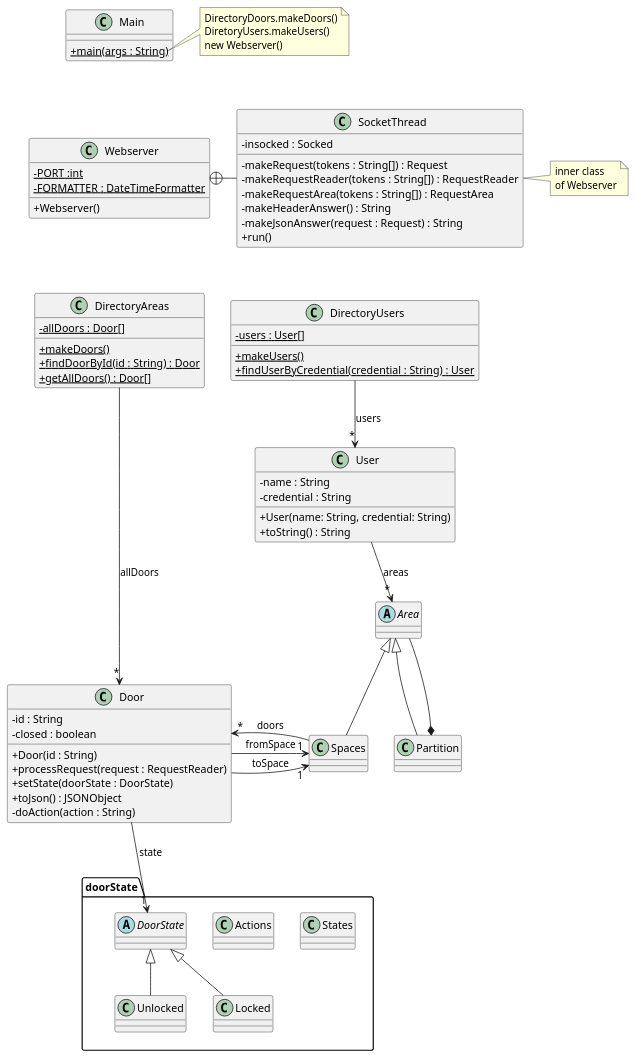
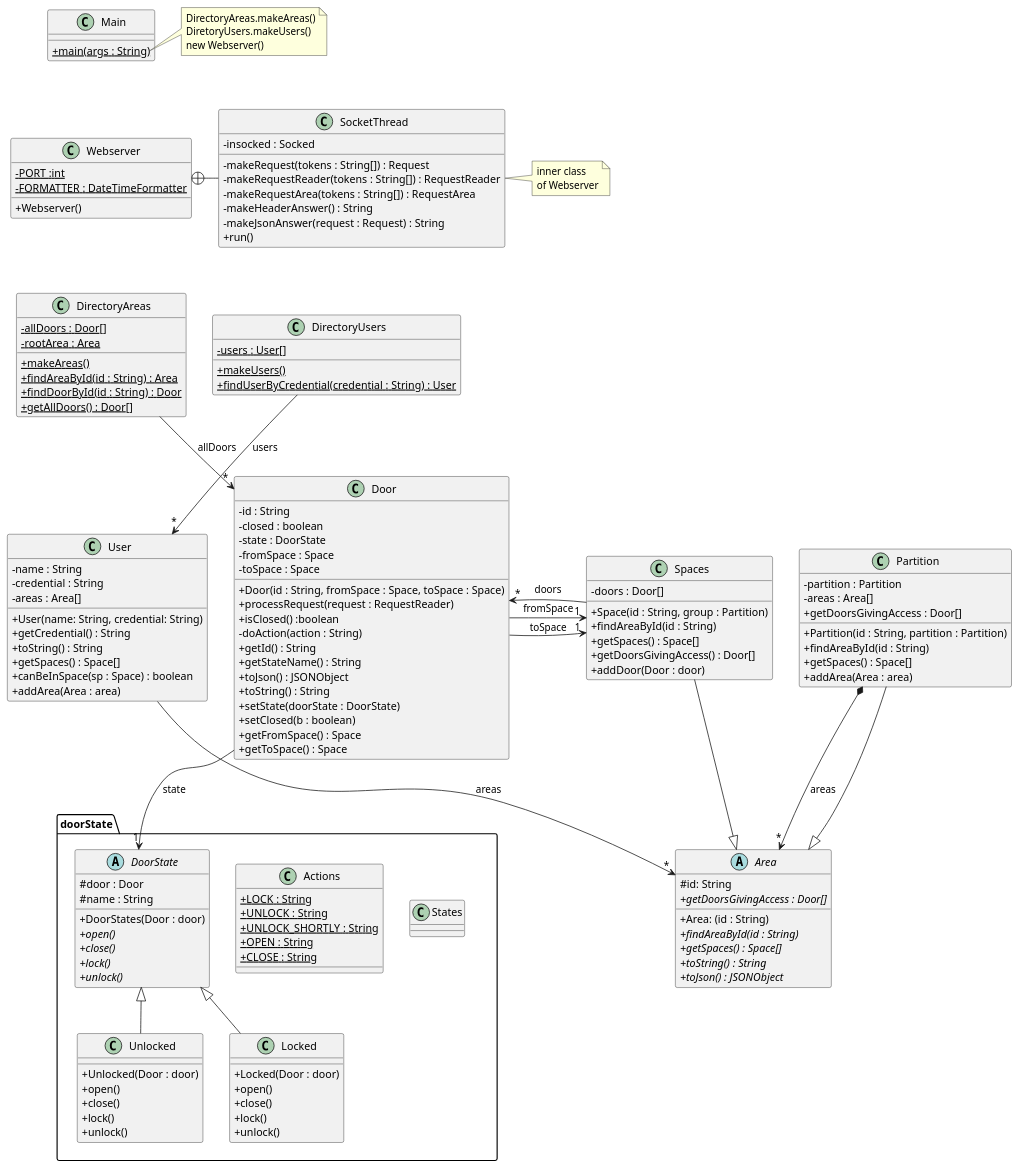
Before and after one commit to JackNesperosOba/acs_students-master: the diagram in acs_students-master/src/baseNoStates/uml/UML.puml, drawn with PlantUML. The commit also changed 3 other files, not shown here.

```diff
--- a/acs_students-master/src/baseNoStates/uml/UML.puml
+++ b/acs_students-master/src/baseNoStates/uml/UML.puml
@@ -1,128 +1,176 @@
 @startuml
 'https://plantuml.com/class-diagram
 skinparam classAttributeIconSize 0
 
 class Webserver {
 - {static} PORT :int
 - {static} FORMATTER : DateTimeFormatter
 + Webserver()
 }
 
 class SocketThread {
 - insocked : Socked
 - makeRequest(tokens : String[]) : Request
 - makeRequestReader(tokens : String[]) : RequestReader
 - makeRequestArea(tokens : String[]) : RequestArea
 - makeHeaderAnswer() : String
 - makeJsonAnswer(request : Request) : String
 + run()
 }
 
 Webserver +-right- SocketThread
 
 note right of SocketThread
 inner class
 of Webserver
 end note
 
 class DirectoryAreas {
 - {static} allDoors : Door[]
-+ {static} makeDoors()
+- {static} rootArea : Area
++ {static} makeAreas()
++ {static} findAreaById(id : String) : Area
 + {static} findDoorById(id : String) : Door
 + {static} getAllDoors() : Door[]
 }
 
 DirectoryAreas --> "*" Door : "allDoors"
 
 class DirectoryUsers {
 - {static} users : User[]
 + {static} makeUsers()
 + {static} findUserByCredential(credential : String) : User
 }
 
 DirectoryUsers --> "*" User : "users"
 
 class Door {
 - id : String
 - closed : boolean
-+ Door(id : String)
+- state : DoorState
+- fromSpace : Space
+- toSpace : Space
++ Door(id : String, fromSpace : Space, toSpace : Space)
 + processRequest(request : RequestReader)
++ isClosed() :boolean
+- doAction(action : String)
++ getId() : String
++ getStateName() : String
++ toJson() : JSONObject
++ toString() : String
 + setState(doorState : DoorState)
-+ toJson() : JSONObject
-'+ toString() : String
-'+ isClosed() :boolean
-'+ setClosed(b : boolean)
-'+ getStateName() : String
-- doAction(action : String)
++ setClosed(b : boolean)
++ getFromSpace() : Space
++ getToSpace() : Space
 }
 
 
 class User {
 - name : String
 - credential : String
+- areas : Area[]
 + User(name: String, credential: String)
++ getCredential() : String
 + toString() : String
++ getSpaces() : Space[]
++ canBeInSpace(sp : Space) : boolean
++ addArea(Area : area)
 }
 
 
 class Main {
 + {static} main(args : String)
 }
 
 note right of Main::main
-DirectoryDoors.makeDoors()
+DirectoryAreas.makeAreas()
 DiretoryUsers.makeUsers()
 new Webserver()
 end note
 
 package doorState <<Folder>> {
     class States {
 
     }
 
     class Actions {
+    + {static} LOCK : String
+    + {static} UNLOCK : String
+    + {static} UNLOCK_SHORTLY : String
+    + {static} OPEN : String
+    + {static} CLOSE : String
+    }
 
-    }
     abstract class DoorState {
-
+    #door : Door
+    #name : String
+    + DoorStates(Door : door)
+    + {abstract} open()
+    + {abstract} close()
+    + {abstract} lock()
+    + {abstract} unlock()
     }
 
     class Unlocked extends DoorState {
-
+    +Unlocked(Door : door)
+    + open()
+    + close()
+    + lock()
+    + unlock()
     }
 
     class Locked extends DoorState {
-
+    + Locked(Door : door)
+    + open()
+    + close()
+    + lock()
+    + unlock()
     }
 }
 Door --> "1" DoorState : "state"
 
-
 abstract class Area {
-
+#id: String
++Area: (id : String)
++ {abstract} findAreaById(id : String)
++ {abstract} getSpaces() : Space[]
++ {abstract} getDoorsGivingAccess : Door[]
++ {abstract} toString() : String
++ {abstract} toJson() : JSONObject
 }
 
 class Spaces extends Area{
-
+-doors : Door[]
++Space(id : String, group : Partition)
++findAreaById(id : String)
++getSpaces() : Space[]
++getDoorsGivingAccess() : Door[]
++addDoor(Door : door)
 }
 
 class Partition extends Area{
-
+-partition : Partition
+-areas : Area[]
++Partition(id : String, partition : Partition)
++findAreaById(id : String)
++getSpaces() : Space[]
++getDoorsGivingAccess : Door[]
++addArea(Area : area)
 }
 
-Area --* Partition
+Partition *--> "*" Area : areas
 User --> "*" Area : "areas"
 Spaces --> "*" Door : "doors"
 Door --> "1" Spaces : "fromSpace"
 Door --> "1" Spaces : "toSpace"
 
 
 Main -[hidden]down- Webserver
 Webserver -[hidden]down- DirectoryAreas
 DirectoryAreas -[hidden]right- DirectoryUsers
 Door -[hidden]down- doorState
 Spaces -[hidden]right- Partition
 User -[hidden]right- Door
 Spaces -[hidden]left- Door
 
 @enduml
```
